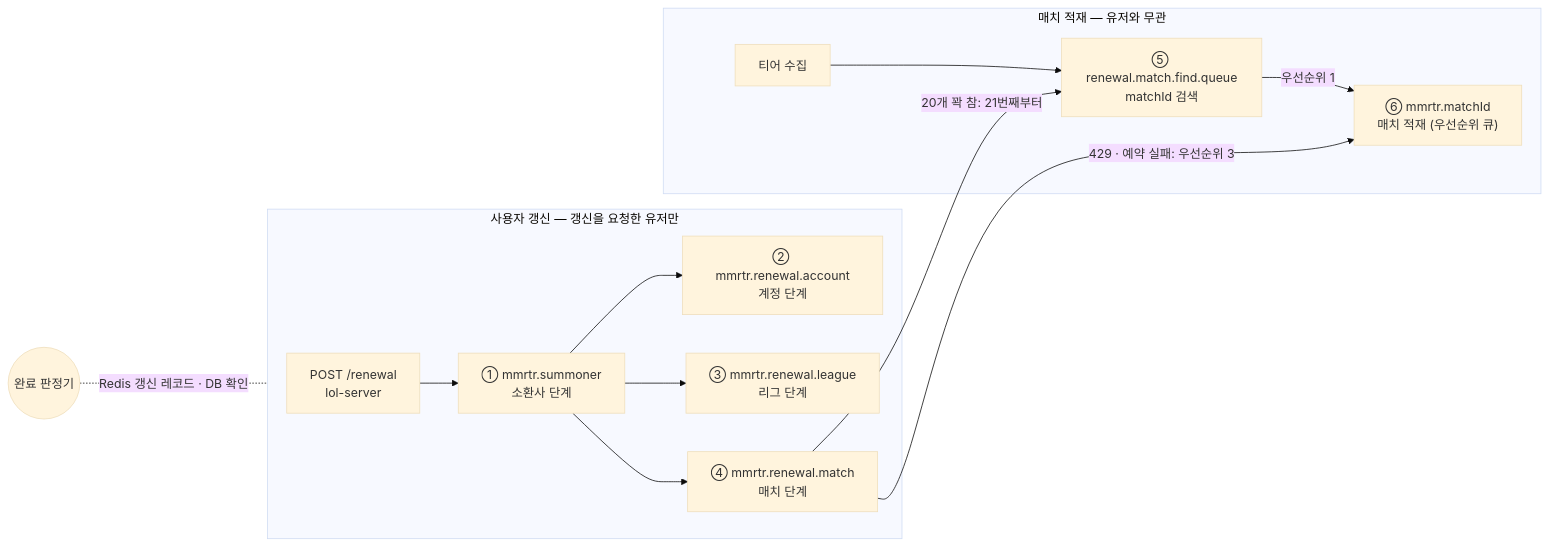
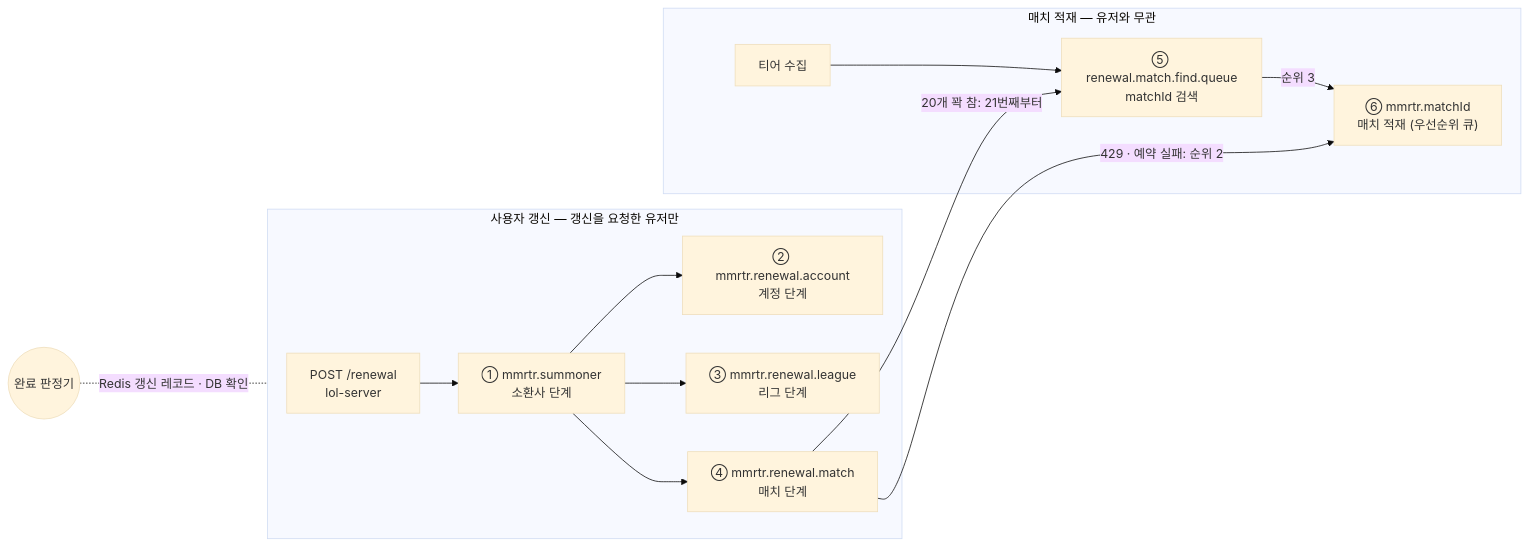
The diagram in docs/superpowers/specs/2026-11-03-renewal-completion-design.md (padosol/lol-repository), drawn with Mermaid (base theme) before and after one commit. The commit also changed other lines of this file, not shown here.

Commit message:
docs: mmrtr.matchId 처리 순위 1 을 나중 타임라인으로 바꾼다

````diff
--- a/docs/superpowers/specs/2026-11-03-renewal-completion-design.md
+++ b/docs/superpowers/specs/2026-11-03-renewal-completion-design.md
@@ -88,16 +88,16 @@
 ```mermaid
 flowchart LR
     subgraph USER["사용자 갱신 — 갱신을 요청한 유저만"]
         P["POST /renewal<br/>lol-server"] --> Q1["① mmrtr.summoner<br/>소환사 단계"]
         Q1 --> Q2["② mmrtr.renewal.account<br/>계정 단계"]
         Q1 --> Q3["③ mmrtr.renewal.league<br/>리그 단계"]
         Q1 --> Q4["④ mmrtr.renewal.match<br/>매치 단계"]
     end
     subgraph BG["매치 적재 — 유저와 무관"]
         T["티어 수집"] --> Q5["⑤ renewal.match.find.queue<br/>matchId 검색"]
-        Q5 -- "우선순위 1" --> Q6["⑥ mmrtr.matchId<br/>매치 적재 (우선순위 큐)"]
+        Q5 -- "순위 3" --> Q6["⑥ mmrtr.matchId<br/>매치 적재 (우선순위 큐)"]
     end
     Q4 -- "20개 꽉 참: 21번째부터" --> Q5
-    Q4 -- "429 · 예약 실패: 우선순위 3" --> Q6
+    Q4 -- "429 · 예약 실패: 순위 2" --> Q6
     J(("완료 판정기")) -. "Redis 갱신 레코드 · DB 확인" .- USER
 ```
````
